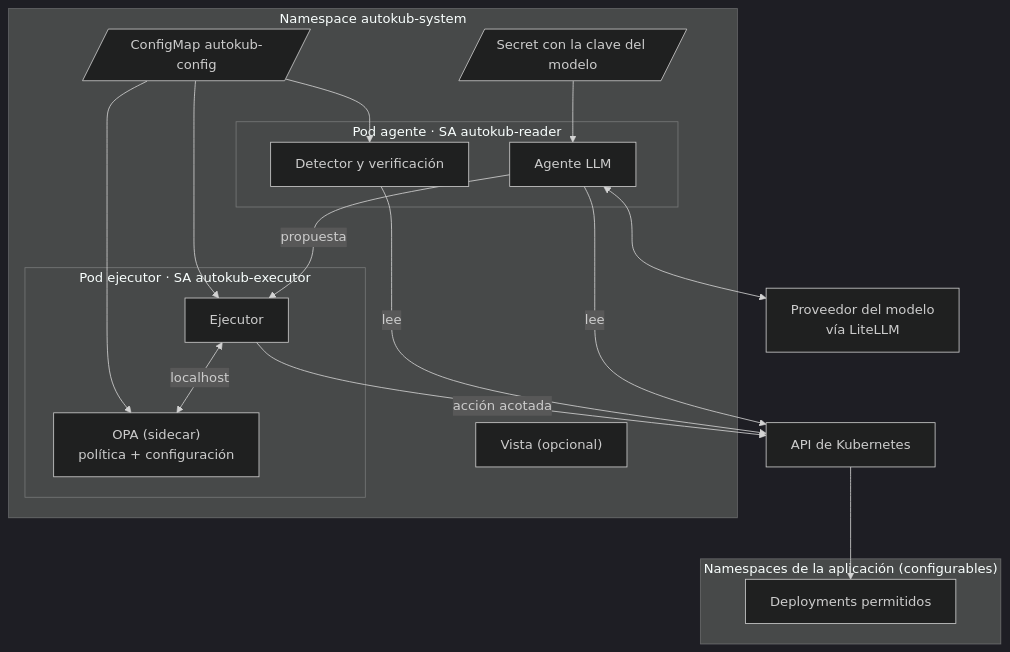
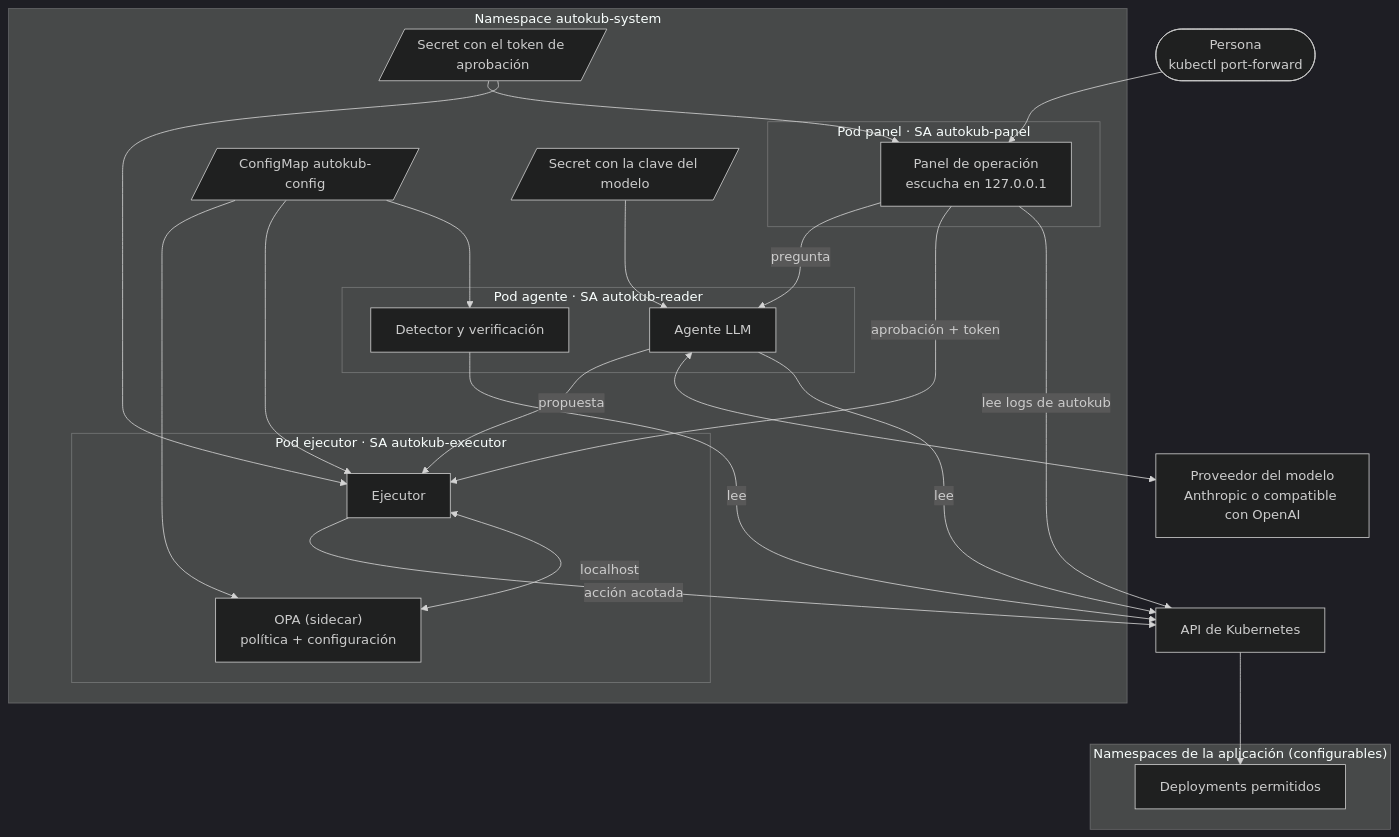
One commit to MarcosPerezCantero/autokub-aiops changed the diagram in docs/despliegue.md. Above: the diagram before and after it, drawn with Mermaid (dark theme). The commit also changed other lines of this file and 37 other files, not shown here.

First line of the commit message:
Añade el panel de operación, el modo aprobación y el chat de solo lectura

````diff
--- a/docs/despliegue.md
+++ b/docs/despliegue.md
@@ -11,33 +11,42 @@
 ```mermaid
 flowchart TB
     subgraph SYS["Namespace autokub-system"]
         subgraph PA["Pod agente · SA autokub-reader"]
             DET["Detector y verificación"]
             AG["Agente LLM"]
         end
         subgraph PE["Pod ejecutor · SA autokub-executor"]
             EXE["Ejecutor"]
             OPA["OPA (sidecar)<br/>política + configuración"]
         end
         CFG[/"ConfigMap autokub-config"/]
         SEC[/"Secret con la clave del modelo"/]
-        VIEW["Vista (opcional)"]
+        TOK[/"Secret con el token de aprobación"/]
+        subgraph PP["Pod panel · SA autokub-panel"]
+            PAN["Panel de operación<br/>escucha en 127.0.0.1"]
+        end
     end
+    OPER(["Persona<br/>kubectl port-forward"])
 
     subgraph APPNS["Namespaces de la aplicación (configurables)"]
         DEP["Deployments permitidos"]
     end
 
     API["API de Kubernetes"]
-    LLM["Proveedor del modelo<br/>vía LiteLLM"]
+    LLM["Proveedor del modelo<br/>Anthropic o compatible con OpenAI"]
 
     CFG --> DET & EXE & OPA
     SEC --> AG
+    TOK --> EXE & PAN
+    OPER --> PAN
+    PAN -->|lee logs de autokub| API
+    PAN -->|aprobación + token| EXE
+    PAN -->|pregunta| AG
     DET -->|lee| API
     AG -->|lee| API
     AG <--> LLM
     AG -->|propuesta| EXE
     EXE <-->|localhost| OPA
     EXE -->|acción acotada| API
     API --> DEP
 ```
````
